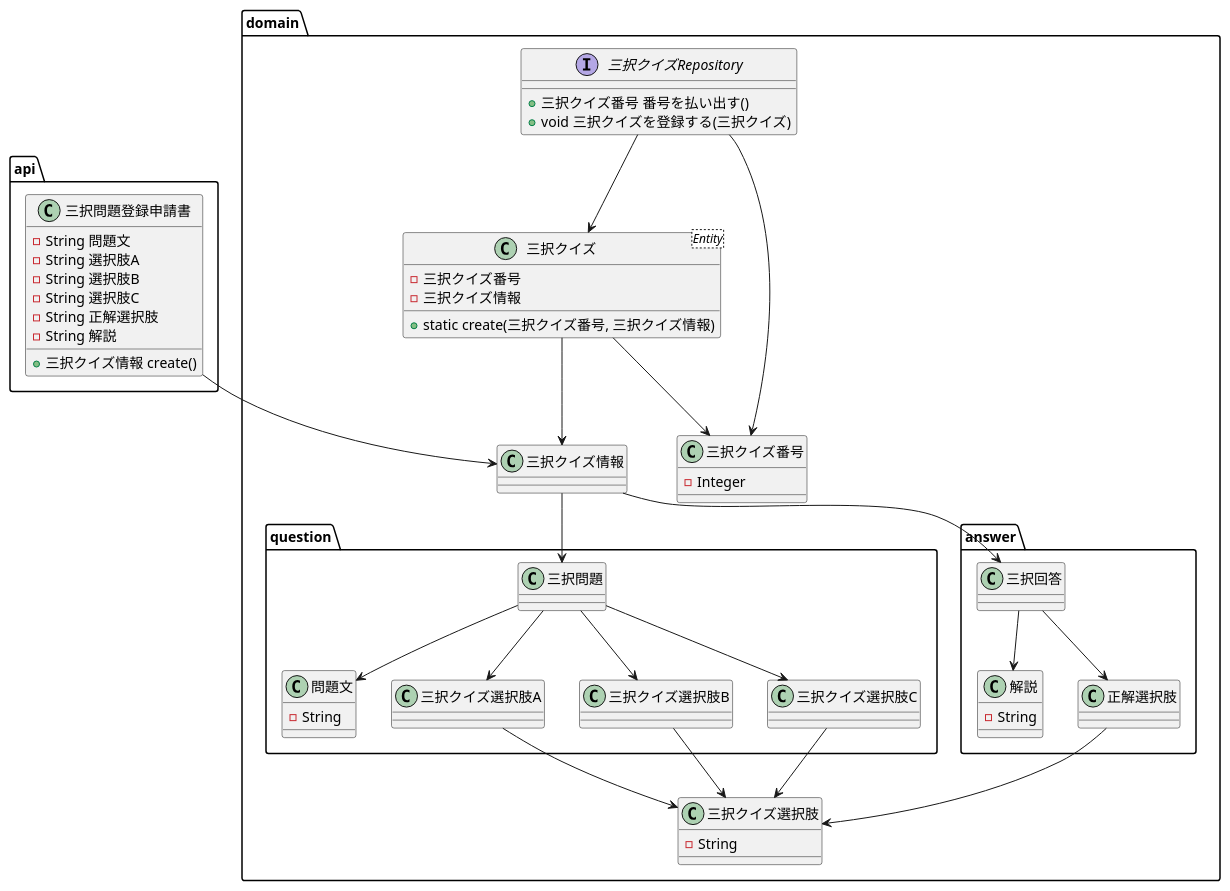
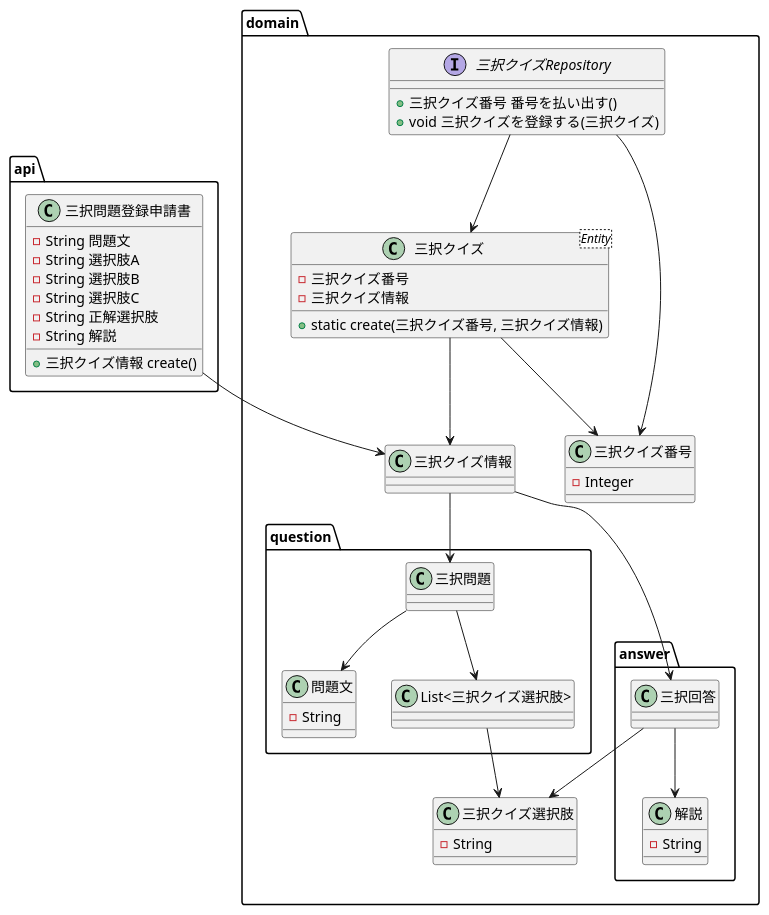
One commit to n-oikawa/study changed the diagram in doc/クイズ/register_model.puml. Above: the diagram before and after it, drawn with PlantUML. The commit also changed 4 other files, not shown here.

```diff
--- a/doc/クイズ/register_model.puml
+++ b/doc/クイズ/register_model.puml
@@ -1,69 +1,62 @@
 @startuml
 
 package api {
   class 三択問題登録申請書 {
       - String 問題文
       - String 選択肢A
       - String 選択肢B
       - String 選択肢C
       - String 正解選択肢
       - String 解説
     + 三択クイズ情報 create()
   }
 }
 package domain {
   class 三択クイズ情報 {
   }
 
   class "三択クイズ<Entity>" as 三択クイズ {
     - 三択クイズ番号
     - 三択クイズ情報
     + static create(三択クイズ番号, 三択クイズ情報)
   }
 
   interface 三択クイズRepository {
     + 三択クイズ番号 番号を払い出す()
     + void 三択クイズを登録する(三択クイズ)
   }
 
   class 三択クイズ番号 {
     - Integer
   }
     package question {
         class 問題文 {
             - String
         }
         三択問題 --> 問題文
-        三択問題 --> 三択クイズ選択肢A
-        三択問題 --> 三択クイズ選択肢B
-        三択問題 --> 三択クイズ選択肢C
+        三択問題 --> "List<三択クイズ選択肢>"
     }
     package answer {
         class 解説 {
             - String
         }
-        class 正解選択肢 {
-        }
-        三択回答 --> 正解選択肢
         三択回答 --> 解説
     }
     class 三択クイズ選択肢 {
         - String
     }
     三択クイズRepository --> 三択クイズ
     三択クイズRepository --> 三択クイズ番号
     三択クイズ --> 三択クイズ番号
     三択クイズ --> 三択クイズ情報
     三択クイズ情報 --> 三択問題
     三択クイズ情報 --> 三択回答
-    三択クイズ選択肢A --> 三択クイズ選択肢
-    三択クイズ選択肢B --> 三択クイズ選択肢
-    三択クイズ選択肢C --> 三択クイズ選択肢
-    正解選択肢 --> 三択クイズ選択肢
+    "List<三択クイズ選択肢>" --> 三択クイズ選択肢
+    三択回答 --> 三択クイズ選択肢
 
 }
 
 三択問題登録申請書 --> 三択クイズ情報
 
 
 @enduml
```
